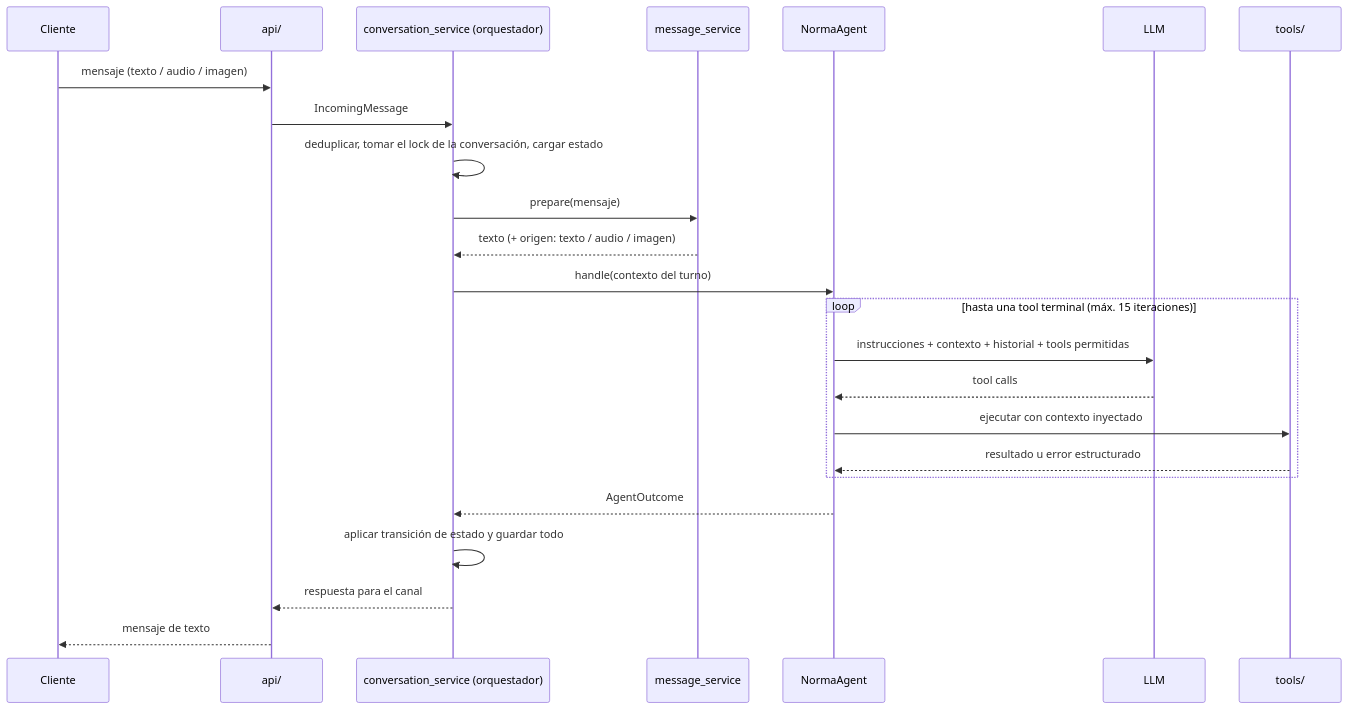
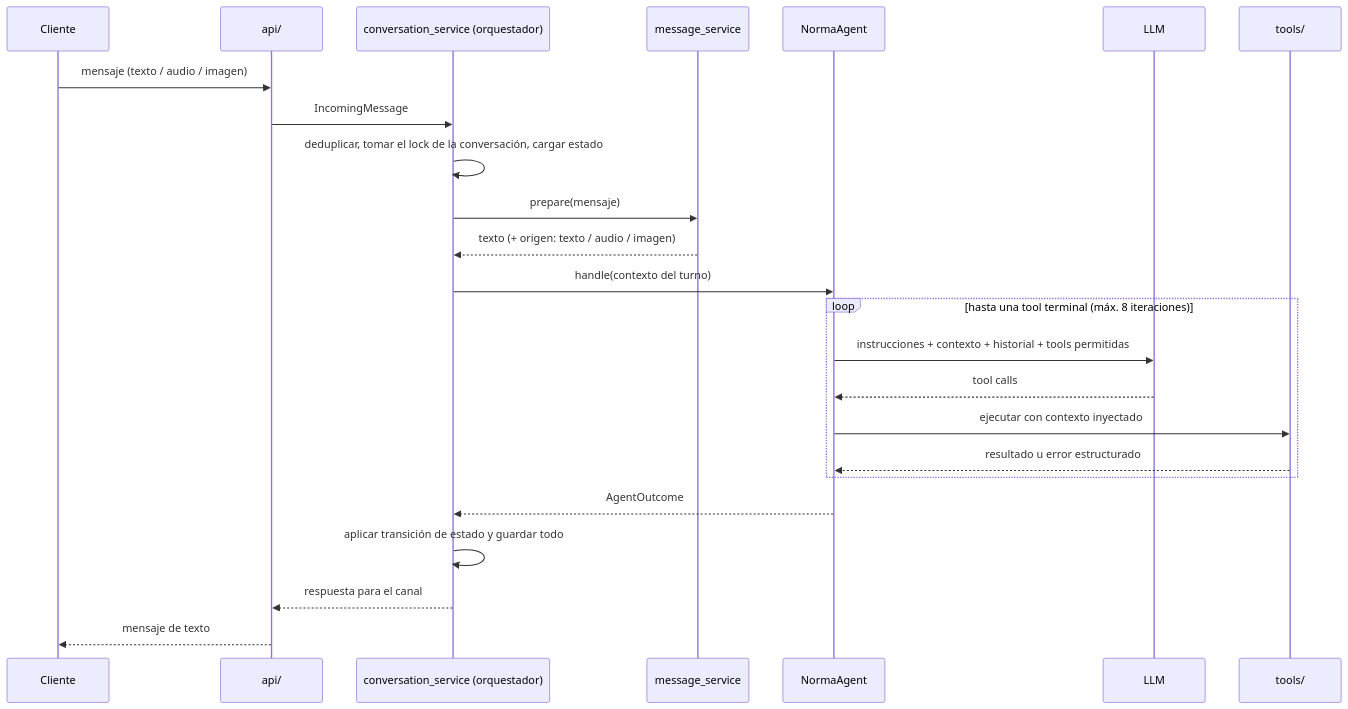
Before and after one commit to FernandoMRestelli/norma-agentic-ai: the second of 4 diagrams in docs/spec/agente.md, drawn with Mermaid. The commit also changed other lines of this file and 17 other files, not shown here.

First line of the commit message:
Grafo con menos iteraciones y sin respuestas sin tool (M2)

````diff
--- a/docs/spec/agente.md
+++ b/docs/spec/agente.md
@@ -98,26 +98,26 @@
 ```mermaid
 sequenceDiagram
     participant C as Cliente
     participant API as api/
     participant O as conversation_service (orquestador)
     participant M as message_service
     participant A as NormaAgent
     participant L as LLM
     participant T as tools/
     C->>API: mensaje (texto / audio / imagen)
     API->>O: IncomingMessage
     O->>O: deduplicar, tomar el lock de la conversación, cargar estado
     O->>M: prepare(mensaje)
     M-->>O: texto (+ origen: texto / audio / imagen)
     O->>A: handle(contexto del turno)
-    loop hasta una tool terminal (máx. 15 iteraciones)
+    loop hasta una tool terminal (máx. 8 iteraciones)
         A->>L: instrucciones + contexto + historial + tools permitidas
         L-->>A: tool calls
         A->>T: ejecutar con contexto inyectado
         T-->>A: resultado u error estructurado
     end
     A-->>O: AgentOutcome
     O->>O: aplicar transición de estado y guardar todo
     O-->>API: respuesta para el canal
     API-->>C: mensaje de texto
 ```
````
